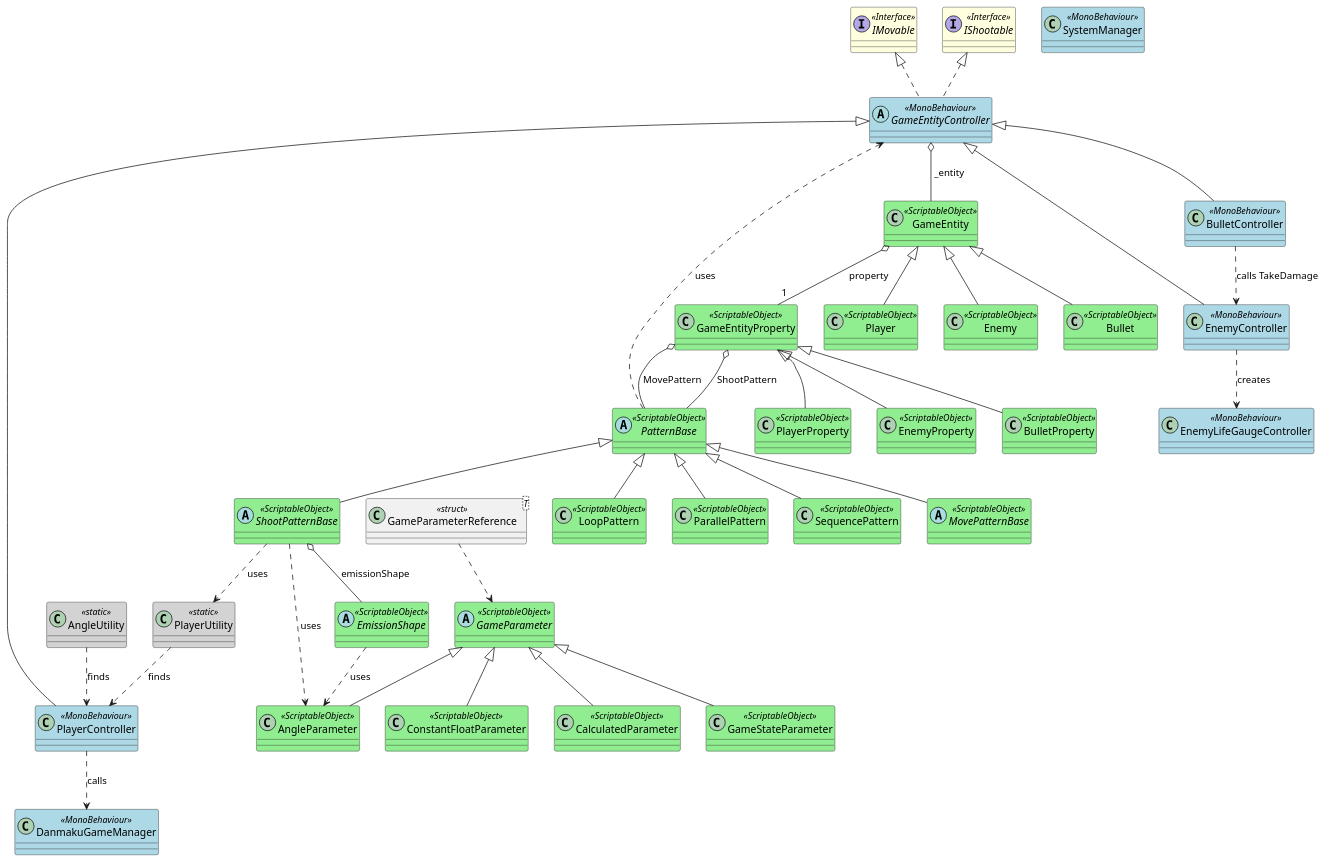
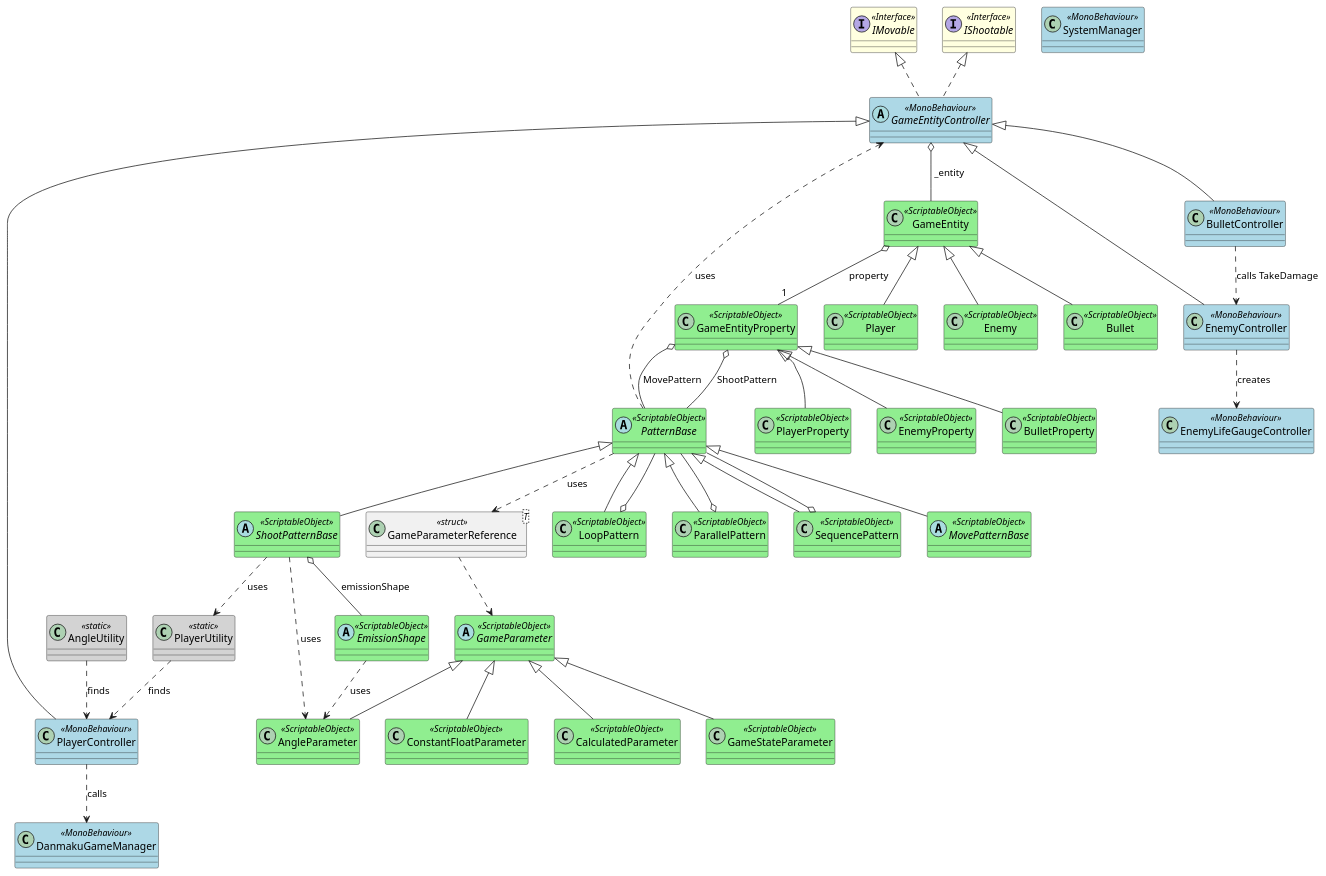
Before and after one commit to himitu-da/Touhou-Spell-Up: the diagram in CurrentClassDiagram_02_Overview.puml, drawn with PlantUML. The commit also changed 123 other files, not shown here.

```diff
--- a/CurrentClassDiagram_02_Overview.puml
+++ b/CurrentClassDiagram_02_Overview.puml
@@ -1,98 +1,102 @@
 @startuml ClassDiagram_Overview
-' v0.1.11
+' v0.1.12
 ' ステレオタイプの色設定
 skinparam class {
     BackgroundColor<<MonoBehaviour>> LightBlue
     BackgroundColor<<ScriptableObject>> LightGreen
     BackgroundColor<<Interface>> LightYellow
     BackgroundColor<<static>> LightGray
 }
 
 ' --- インターフェース定義 ---
 interface IMovable <<Interface>>
 interface IShootable <<Interface>>
 
 ' --- マネージャー ---
 class SystemManager <<MonoBehaviour>>
 class DanmakuGameManager <<MonoBehaviour>>
 
 ' --- エンティティ基盤 ---
 abstract class GameEntityController <<MonoBehaviour>>
 class GameEntity <<ScriptableObject>>
 class GameEntityProperty <<ScriptableObject>>
 
 ' --- Player ---
 class PlayerController <<MonoBehaviour>>
 class Player <<ScriptableObject>>
 class PlayerProperty <<ScriptableObject>>
 
 ' --- Enemy ---
 class EnemyController <<MonoBehaviour>>
 class Enemy <<ScriptableObject>>
 class EnemyProperty <<ScriptableObject>>
 
 ' --- Bullet ---
 class BulletController <<MonoBehaviour>>
 class Bullet <<ScriptableObject>>
 class BulletProperty <<ScriptableObject>>
 
 ' --- パターン関連 ---
 abstract class PatternBase <<ScriptableObject>>
 abstract class MovePatternBase <<ScriptableObject>>
 abstract class ShootPatternBase <<ScriptableObject>>
 class LoopPattern <<ScriptableObject>>
 class ParallelPattern <<ScriptableObject>>
 class SequencePattern <<ScriptableObject>>
 abstract class EmissionShape <<ScriptableObject>>
 abstract class GameParameter <<ScriptableObject>>
 class AngleParameter <<ScriptableObject>>
 class ConstantFloatParameter <<ScriptableObject>>
 class CalculatedParameter <<ScriptableObject>>
 class GameStateParameter <<ScriptableObject>>
 class "GameParameterReference<T>" as GameParameterReference_T <<struct>>
 
 ' --- その他 ---
 class EnemyLifeGaugeController <<MonoBehaviour>>
 class AngleUtility <<static>>
 class PlayerUtility <<static>>
 
 ' --- 継承関係 ---
 GameEntityController <|-- PlayerController
 GameEntityController <|-- EnemyController
 GameEntityController <|-- BulletController
 GameEntity <|-- Player
 GameEntity <|-- Enemy
 GameEntity <|-- Bullet
 GameEntityProperty <|-- PlayerProperty
 GameEntityProperty <|-- EnemyProperty
 GameEntityProperty <|-- BulletProperty
 PatternBase <|-- MovePatternBase
 PatternBase <|-- ShootPatternBase
 PatternBase <|-- LoopPattern
 PatternBase <|-- ParallelPattern
 PatternBase <|-- SequencePattern
 GameParameter <|-- AngleParameter
 GameParameter <|-- ConstantFloatParameter
 GameParameter <|-- CalculatedParameter
 GameParameter <|-- GameStateParameter
 GameParameterReference_T ..> GameParameter
 IMovable <|.. GameEntityController
 IShootable <|.. GameEntityController
 
 ' --- 関連 ---
 PlayerController ..> DanmakuGameManager : "calls"
 GameEntityController o-- GameEntity : " _entity"
 GameEntity o-- "1" GameEntityProperty : " property"
 GameEntityProperty o-- PatternBase : "ShootPattern"
 GameEntityProperty o-- PatternBase : "MovePattern"
 PatternBase ..> GameEntityController : "uses"
+PatternBase ..> GameParameterReference_T : "uses"
+LoopPattern o-- PatternBase
+ParallelPattern o-- PatternBase
+SequencePattern o-- PatternBase
 ShootPatternBase o-- EmissionShape : "emissionShape"
 ShootPatternBase ..> AngleParameter : "uses"
 EmissionShape ..> AngleParameter : "uses"
 BulletController ..> EnemyController : "calls TakeDamage"
 EnemyController ..> EnemyLifeGaugeController : "creates"
 AngleUtility ..> PlayerController : "finds"
 PlayerUtility ..> PlayerController : "finds"
 ShootPatternBase ..> PlayerUtility : "uses"
 
 @enduml
```
